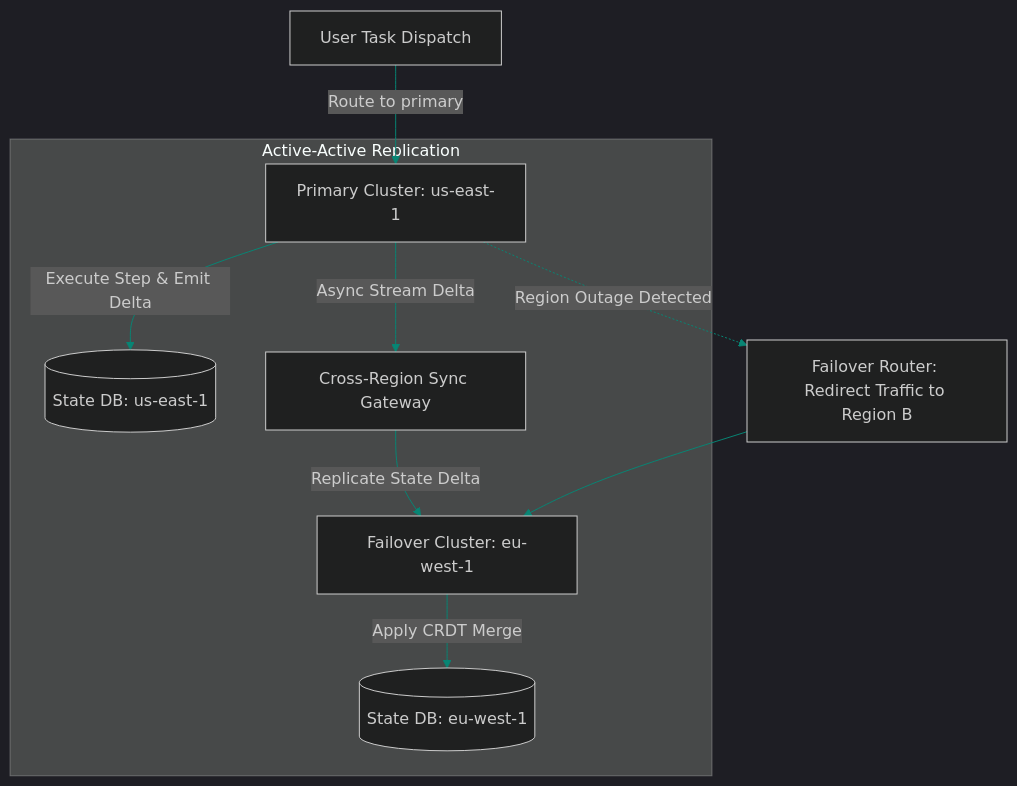
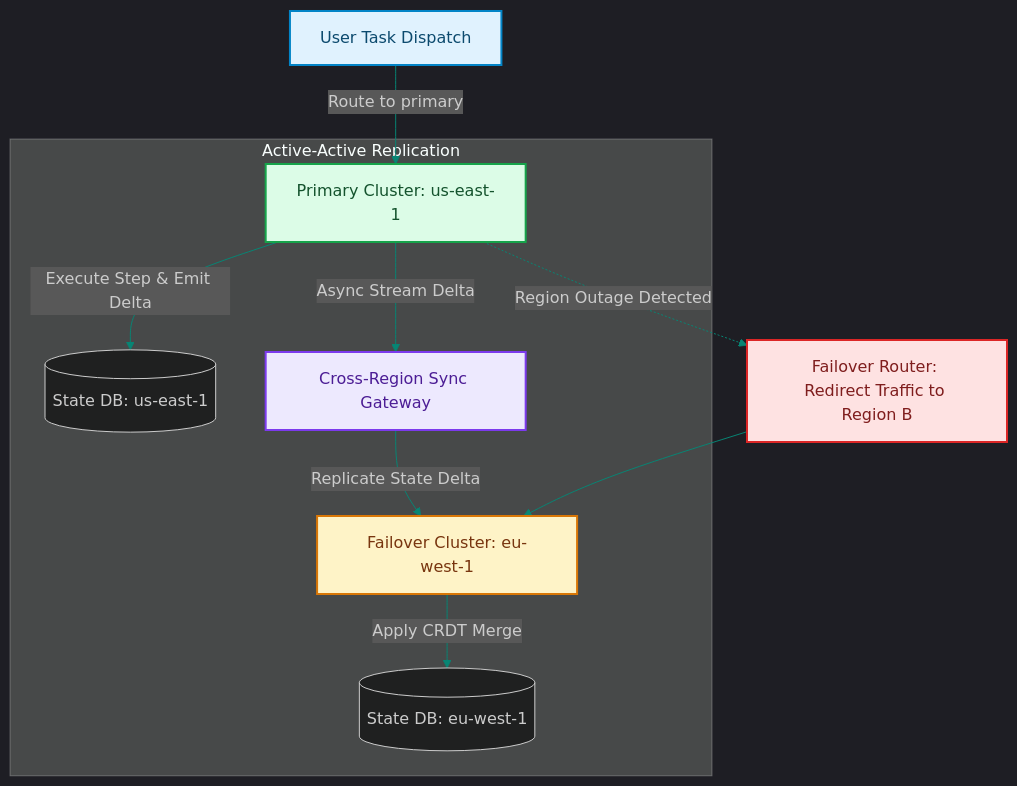
The diagram in blog/posts/system-design-multi-region-agent-clusters-active-replication.md (akmalkhaniub/akmalkhaniub.github.io), drawn with Mermaid before and after one commit. The commit also changed other lines of this file and 1291 other files, not shown here.

First line of the commit message:
feat(catalog): unique covers, scholarly references, and diagram palettes

````diff
--- a/blog/posts/system-design-multi-region-agent-clusters-active-replication.md
+++ b/blog/posts/system-design-multi-region-agent-clusters-active-replication.md
@@ -16,15 +16,26 @@
 ```mermaid
 %%{init: {'theme': 'dark', 'themeVariables': { 'primaryColor': '#088574', 'primaryTextColor': '#f3f4f6', 'primaryBorderColor': '#0db49b', 'lineColor': '#088574', 'secondaryColor': '#111827', 'tertiaryColor': '#0b0f19'}}}%%
 flowchart TD
-    User[User Task Dispatch] -->|Route to primary| RegionA[Primary Cluster: us-east-1]
+    User["User Task Dispatch"] -->|Route to primary| RegionA["Primary Cluster: us-east-1"]
     
     subgraph SG1_ActiveActiveReplication ["Active-Active Replication"]
         RegionA -->|Execute Step & Emit Delta| LocalDB_A[(State DB: us-east-1)]
-        RegionA -->|Async Stream Delta| SyncQueue[Cross-Region Sync Gateway]
-        SyncQueue -->|Replicate State Delta| RegionB[Failover Cluster: eu-west-1]
+        RegionA -->|Async Stream Delta| SyncQueue["Cross-Region Sync Gateway"]
+        SyncQueue -->|Replicate State Delta| RegionB["Failover Cluster: eu-west-1"]
         RegionB -->|Apply CRDT Merge| LocalDB_B[(State DB: eu-west-1)]
     end
     
-    RegionA -.->|Region Outage Detected| Failover[Failover Router: Redirect Traffic to Region B]
+    RegionA -.->|Region Outage Detected| Failover["Failover Router: Redirect Traffic to Region B"]
     Failover --> RegionB
+
+classDef green fill:#dcfce7,stroke:#16a34a,stroke-width:2px,color:#14532d;
+classDef red fill:#fee2e2,stroke:#dc2626,stroke-width:2px,color:#7f1d1d;
+classDef blue fill:#e0f2fe,stroke:#0284c7,stroke-width:2px,color:#0c4a6e;
+classDef yellow fill:#fef3c7,stroke:#d97706,stroke-width:2px,color:#78350f;
+classDef purple fill:#ede9fe,stroke:#7c3aed,stroke-width:2px,color:#4c1d95;
+class User blue
+class RegionA green
+class SyncQueue purple
+class RegionB yellow
+class Failover red
 ```
````
